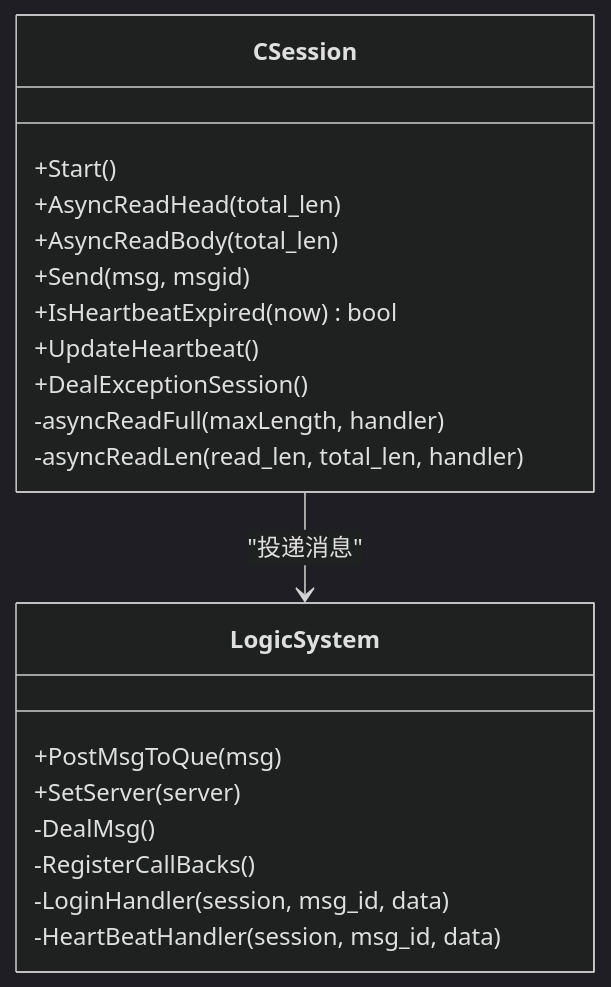
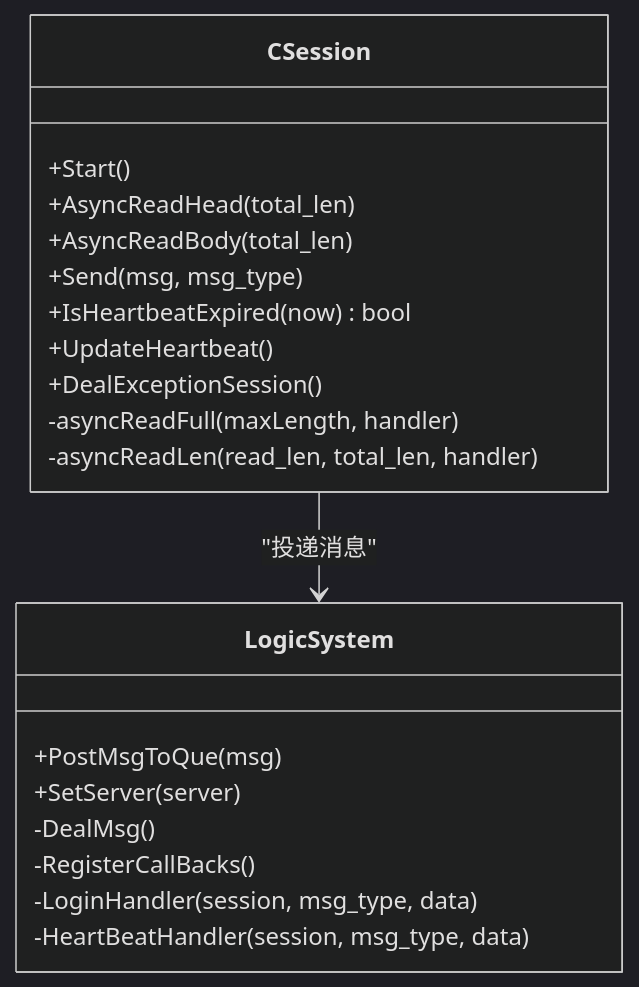
The fourth of 6 diagrams in .qoder/repowiki/zh/content/性能优化/性能监控与分析.md (echo9923/mychatter), drawn with Mermaid (dark theme) before and after one commit. The commit also changed other lines of this file and 128 other files, not shown here.

First line of the commit message:
refactor(protocol): TCP 帧头消息类型 msg_id 全局改名为 msg_type

````diff
--- a/.qoder/repowiki/zh/content/性能优化/性能监控与分析.md
+++ b/.qoder/repowiki/zh/content/性能优化/性能监控与分析.md
@@ -183,23 +183,23 @@
 ```mermaid
 classDiagram
 class CSession {
 +Start()
 +AsyncReadHead(total_len)
 +AsyncReadBody(total_len)
-+Send(msg, msgid)
++Send(msg, msg_type)
 +IsHeartbeatExpired(now) bool
 +UpdateHeartbeat()
 +DealExceptionSession()
 -asyncReadFull(maxLength, handler)
 -asyncReadLen(read_len, total_len, handler)
 }
 class LogicSystem {
 +PostMsgToQue(msg)
 +SetServer(server)
 -DealMsg()
 -RegisterCallBacks()
--LoginHandler(session, msg_id, data)
--HeartBeatHandler(session, msg_id, data)
+-LoginHandler(session, msg_type, data)
+-HeartBeatHandler(session, msg_type, data)
 }
 CSession --> LogicSystem : "投递消息"
 ```
````
